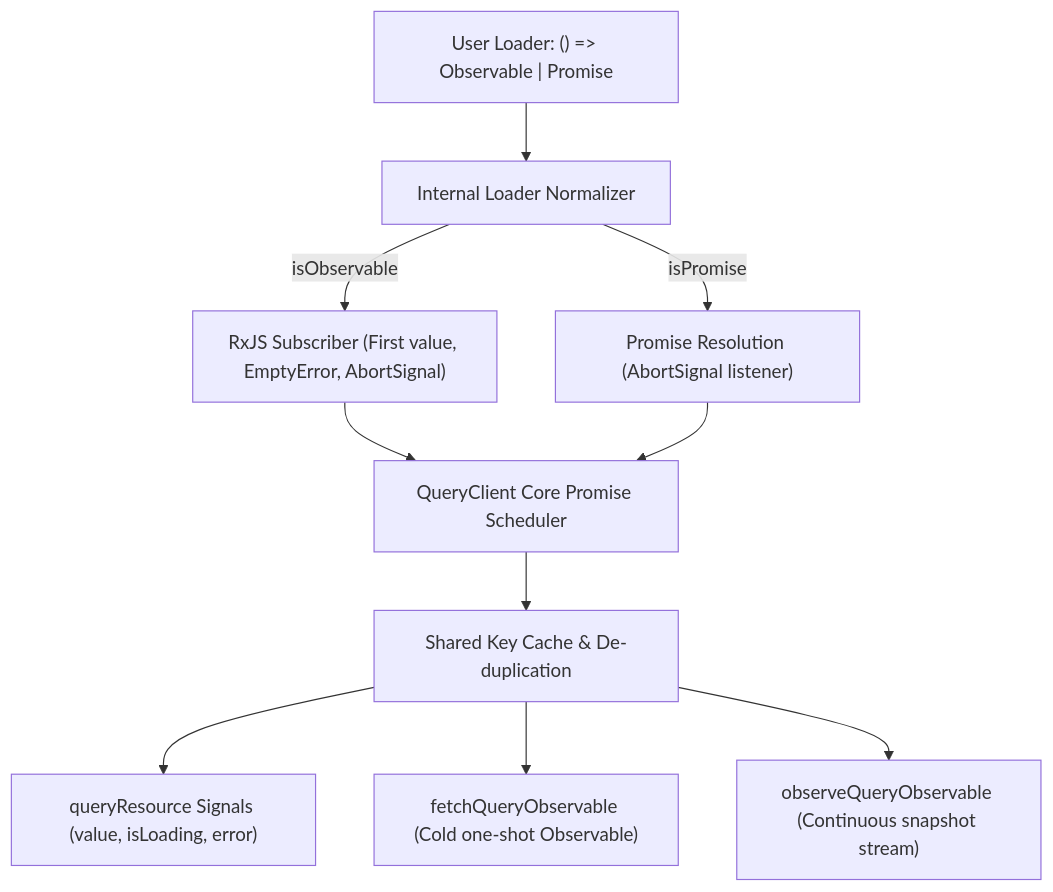
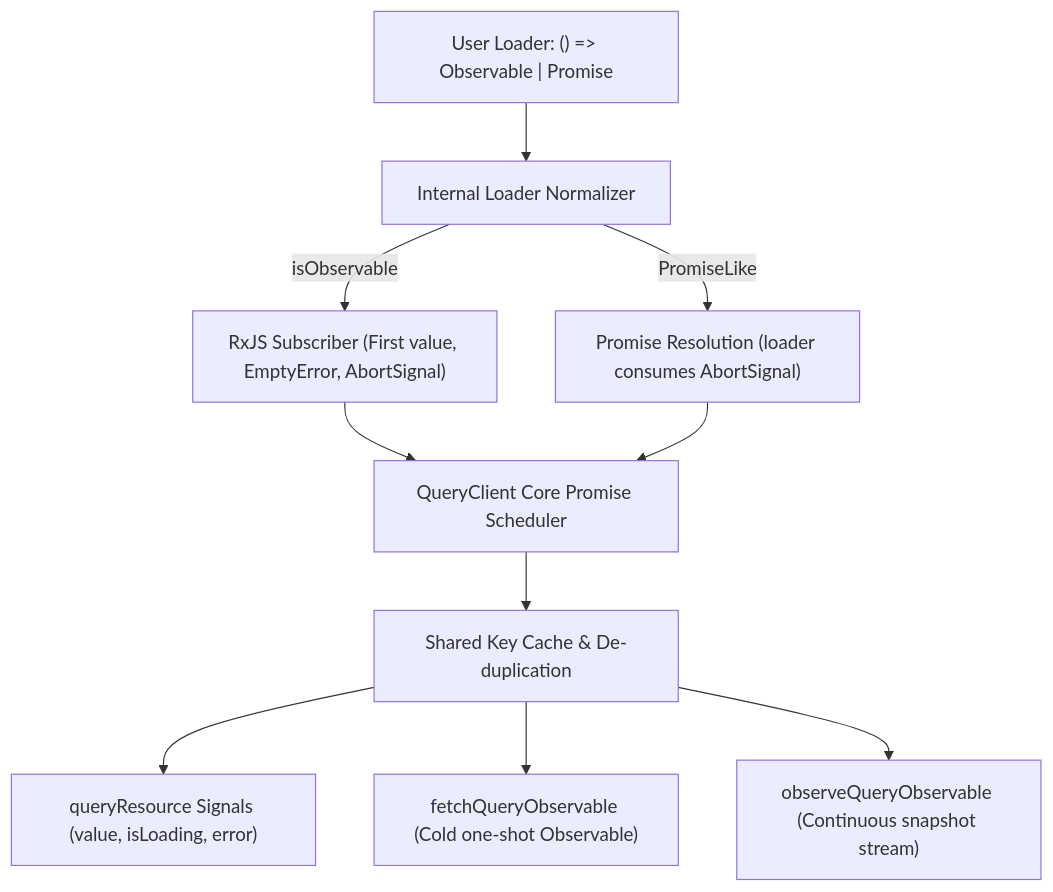
The diagram in docs/design/query-api-dx-proposal.md (wghglory/ngx-lift-workspace), drawn with Mermaid before and after one commit. The commit also changed other lines of this file and 1 other file, not shown here.

````diff
--- a/docs/design/query-api-dx-proposal.md
+++ b/docs/design/query-api-dx-proposal.md
@@ -1057,12 +1060,12 @@
 ```mermaid
 flowchart TD
   UserLoader["User Loader: () => Observable<T> | Promise<T>"] --> Normalizer["Internal Loader Normalizer"]
   Normalizer -->|isObservable| RxAdapter["RxJS Subscriber (First value, EmptyError, AbortSignal)"]
-  Normalizer -->|isPromise| PromiseAdapter["Promise Resolution (AbortSignal listener)"]
+  Normalizer -->|PromiseLike| PromiseAdapter["Promise Resolution (loader consumes AbortSignal)"]
   RxAdapter --> Engine["QueryClient Core Promise Scheduler"]
   PromiseAdapter --> Engine
   Engine --> Cache["Shared Key Cache & De-duplication"]
   Cache --> Signals["queryResource Signals (value, isLoading, error)"]
   Cache --> FetchObs["fetchQueryObservable (Cold one-shot Observable)"]
   Cache --> ObserveObs["observeQueryObservable (Continuous snapshot stream)"]
 ```
````
